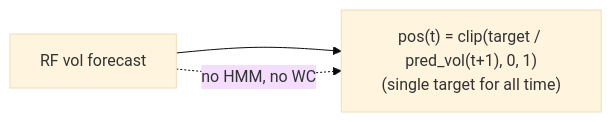
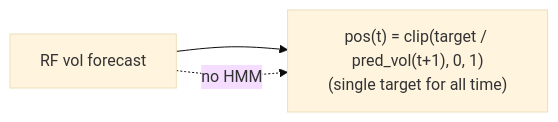
The second of 2 diagrams in docs/architecture.md (DavidVossebuerger/Regime-Conditional-Vol-Targeting), drawn with Mermaid (base theme) before and after one commit. The commit also changed other lines of this file and 15 other files, not shown here.

````diff
--- a/docs/architecture.md
+++ b/docs/architecture.md
@@ -140,5 +126,5 @@
 ```mermaid
 flowchart LR
     RF["RF vol forecast"] --> POS["pos(t) = clip(target / pred_vol(t+1), 0, 1)<br/>(single target for all time)"]
-    RF -.no HMM, no WC.-> POS
+    RF -.no HMM.-> POS
 ```
````
